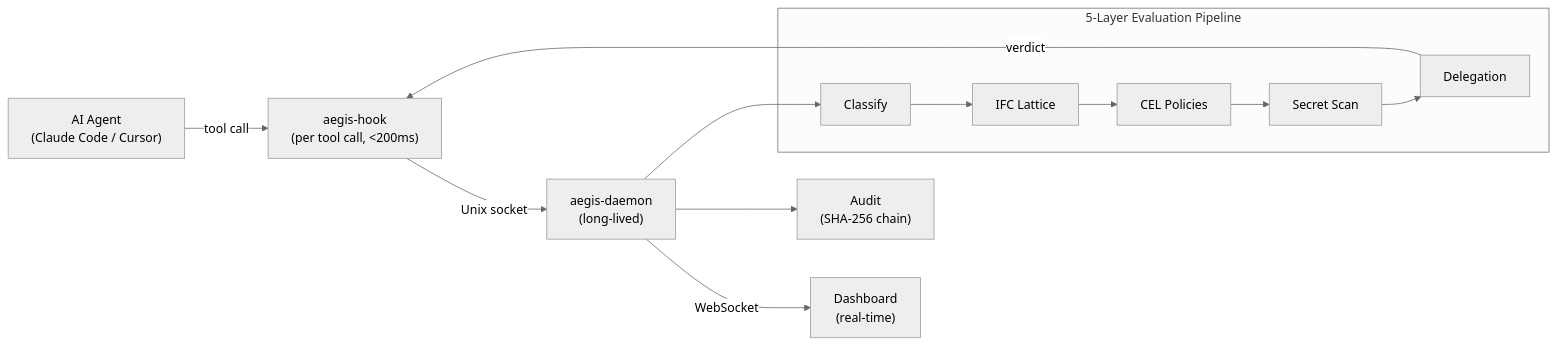
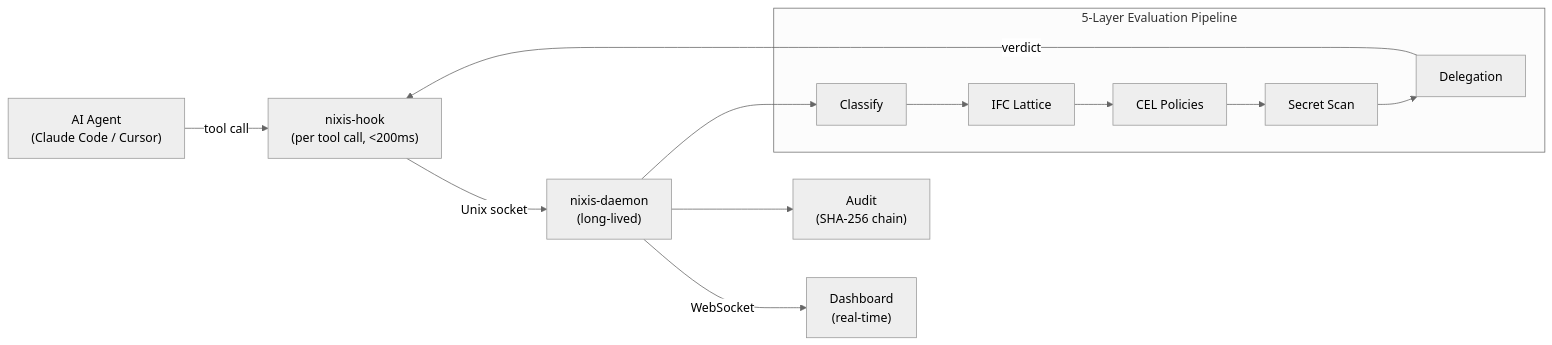
Before and after one commit to mayankjain0141/nixis: the diagram in README.md, drawn with Mermaid (neutral theme). The commit also changed other lines of this file and 943 other files, not shown here.

First line of the commit message:
rename: aegis → nixis across all file contents

````diff
--- a/README.md
+++ b/README.md
@@ -21,24 +21,24 @@
 ```mermaid
 flowchart LR
     Agent["AI Agent<br/>(Claude Code / Cursor)"]
-    Hook["aegis-hook<br/>(per tool call, &lt;200ms)"]
-    Daemon["aegis-daemon<br/>(long-lived)"]
+    Hook["nixis-hook<br/>(per tool call, &lt;200ms)"]
+    Daemon["nixis-daemon<br/>(long-lived)"]
 
     subgraph pipeline ["5-Layer Evaluation Pipeline"]
         Classify["Classify"]
         IFC["IFC Lattice"]
         CEL["CEL Policies"]
         Secret["Secret Scan"]
         Deleg["Delegation"]
     end
 
     Audit["Audit<br/>(SHA-256 chain)"]
     Dashboard["Dashboard<br/>(real-time)"]
 
     Agent -->|"tool call"| Hook
     Hook -->|"Unix socket"| Daemon
     Daemon --> Classify --> IFC --> CEL --> Secret --> Deleg
     Deleg -->|"verdict"| Hook
     Daemon --> Audit
     Daemon -->|"WebSocket"| Dashboard
 ```
````
